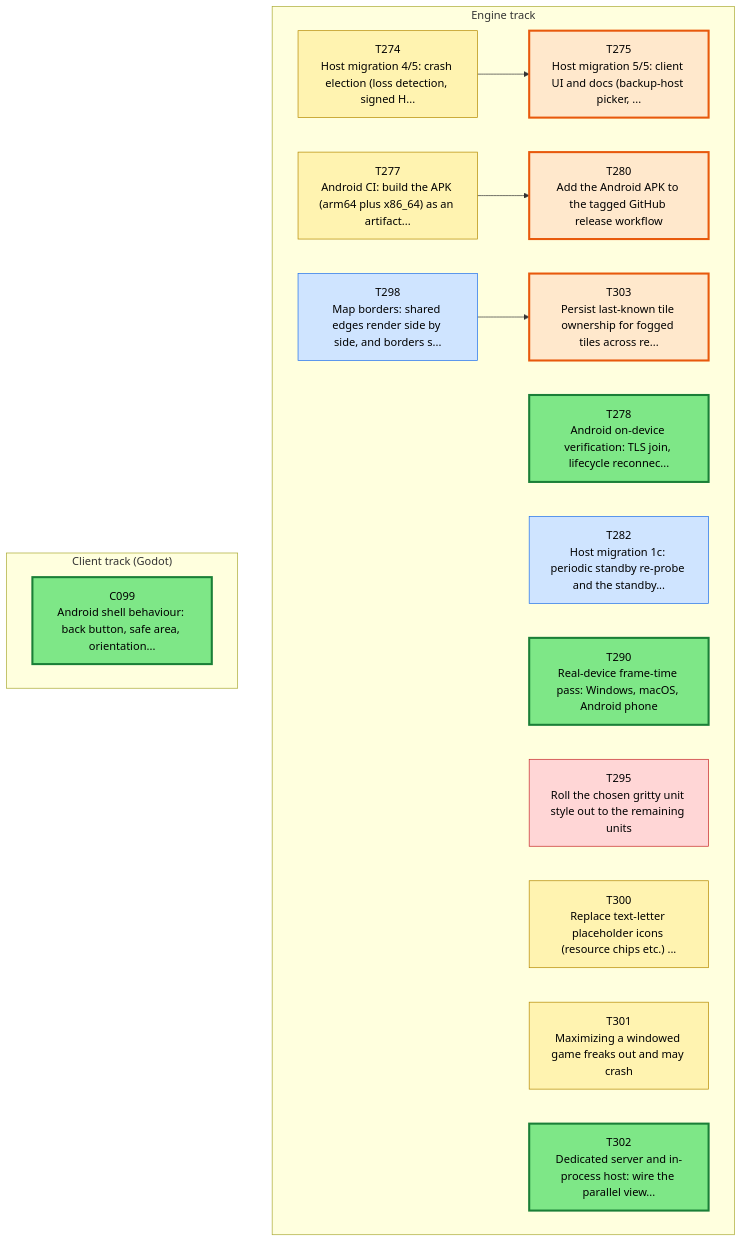
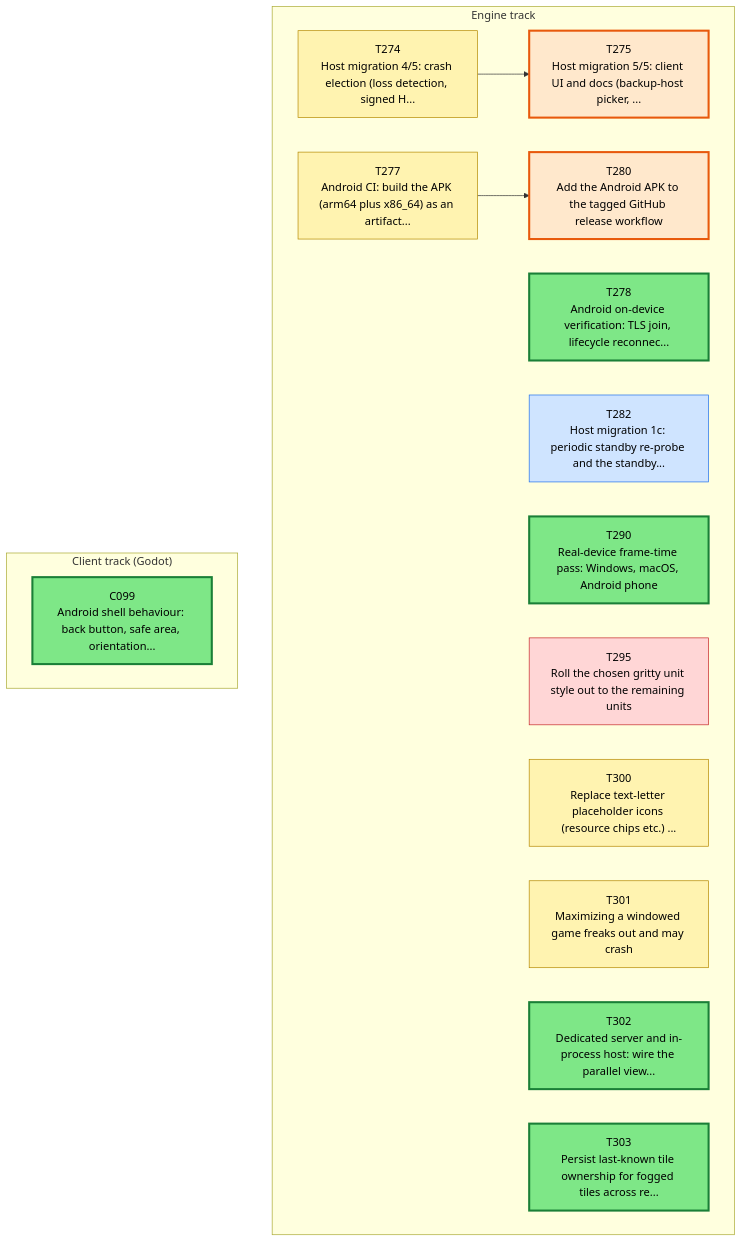
Before and after one commit to Kenmura/Unciv: the first of 3 diagrams in csharp/migration/DEPENDENCY_MAP.md, drawn with Mermaid. The commit also changed other lines of this file and 1 other file, not shown here.

Commit message:
migration: review T298 pass [Claude-T298, isolated adversarial x2]

````diff
--- a/csharp/migration/DEPENDENCY_MAP.md
+++ b/csharp/migration/DEPENDENCY_MAP.md
@@ -35,45 +35,42 @@
 ```mermaid
 flowchart TD
   subgraph TTRACK["Engine track"]
     T274["T274<br/>Host migration 4/5: crash election (loss detection, signed H..."]
     T275["T275<br/>Host migration 5/5: client UI and docs (backup-host picker, ..."]
     T277["T277<br/>Android CI: build the APK (arm64 plus x86_64) as an artifact..."]
     T278["T278<br/>Android on-device verification: TLS join, lifecycle reconnec..."]
     T280["T280<br/>Add the Android APK to the tagged GitHub release workflow"]
     T282["T282<br/>Host migration 1c: periodic standby re-probe and the standby..."]
     T290["T290<br/>Real-device frame-time pass: Windows, macOS, Android phone"]
     T295["T295<br/>Roll the chosen gritty unit style out to the remaining units"]
-    T298["T298<br/>Map borders: shared edges render side by side, and borders s..."]
     T300["T300<br/>Replace text-letter placeholder icons (resource chips etc.) ..."]
     T301["T301<br/>Maximizing a windowed game freaks out and may crash"]
     T302["T302<br/>Dedicated server and in-process host: wire the parallel view..."]
     T303["T303<br/>Persist last-known tile ownership for fogged tiles across re..."]
   end
   subgraph CTRACK["Client track (Godot)"]
     C099["C099<br/>Android shell behaviour: back button, safe area, orientation..."]
   end
   T274 --> T275
   T277 --> T280
-  T298 --> T303
   classDef waiting fill:#f3faf3,stroke:#9bc49b,color:#555,stroke-dasharray:2 2
   classDef ondeck fill:#ffe8cc,stroke:#e8590c,stroke-width:3px,color:#000
   classDef ready fill:#7ee787,stroke:#1a7f37,stroke-width:3px,color:#000
   classDef prog fill:#fff3b0,stroke:#b58900,color:#000
   classDef review fill:#cfe4ff,stroke:#1f6feb,color:#000
   classDef blocked fill:#ffd6d6,stroke:#c62828,color:#000
   classDef done fill:#eeeeee,stroke:#999999,color:#666,stroke-dasharray:4 3
   class C099 ready
   class T274 prog
   class T275 ondeck
   class T277 prog
   class T278 ready
   class T280 ondeck
   class T282 review
   class T290 ready
   class T295 blocked
-  class T298 review
   class T300 prog
   class T301 prog
   class T302 ready
-  class T303 ondeck
+  class T303 ready
 ```
````
